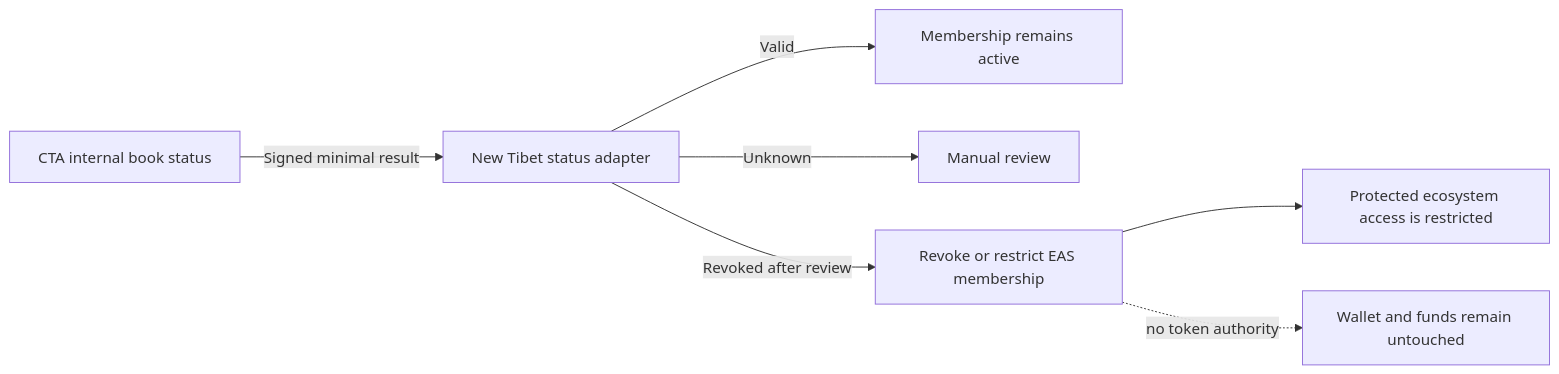
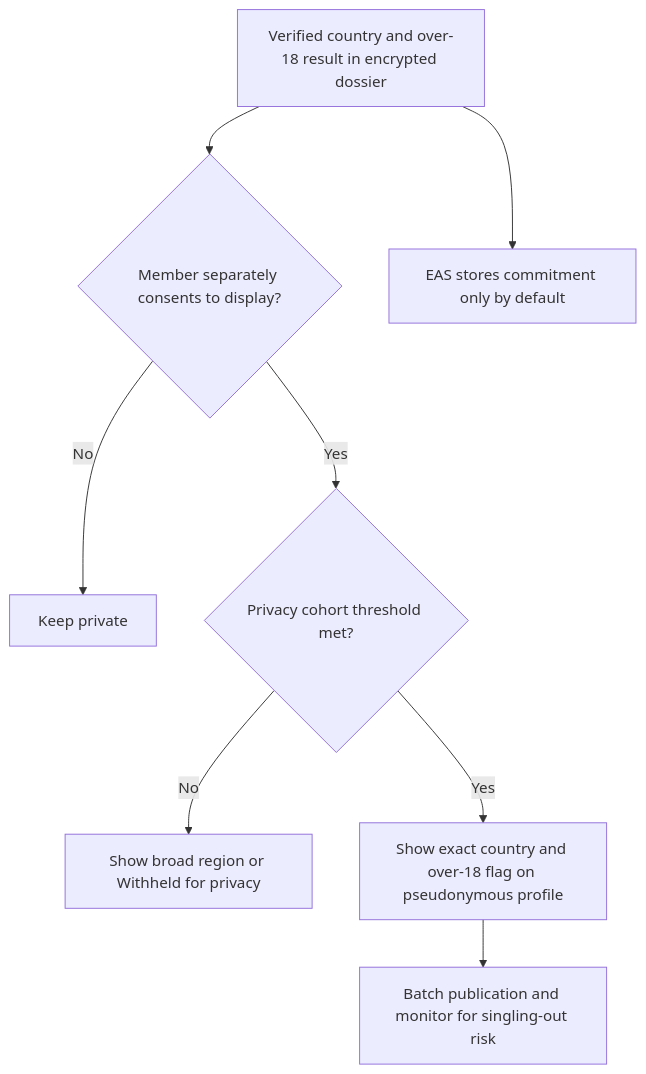
Before and after one commit to AlexJupiter/tibetan-id: the fifth of 6 diagrams in README.md, drawn with Mermaid. The commit also changed other lines of this file, not shown here.

Commit message:
Add wallet-only access and auditable verification

````diff
--- a/README.md
+++ b/README.md
@@ -198,9 +272,10 @@
 ```mermaid
-flowchart LR
-    A[CTA internal book status] -->|Signed minimal result| B[New Tibet status adapter]
-    B -->|Valid| C[Membership remains active]
-    B -->|Unknown| D[Manual review]
-    B -->|Revoked after review| E[Revoke or restrict EAS membership]
-    E --> F[Protected ecosystem access is restricted]
-    E -. no token authority .-> G[Wallet and funds remain untouched]
+flowchart TD
+    A[Verified country and over-18 result in encrypted dossier] --> B{Member separately consents to display?}
+    B -->|No| C[Keep private]
+    B -->|Yes| D{Privacy cohort threshold met?}
+    D -->|No| E[Show broad region or Withheld for privacy]
+    D -->|Yes| F[Show exact country and over-18 flag on pseudonymous profile]
+    F --> G[Batch publication and monitor for singling-out risk]
+    A --> H[EAS stores commitment only by default]
 ```
````
